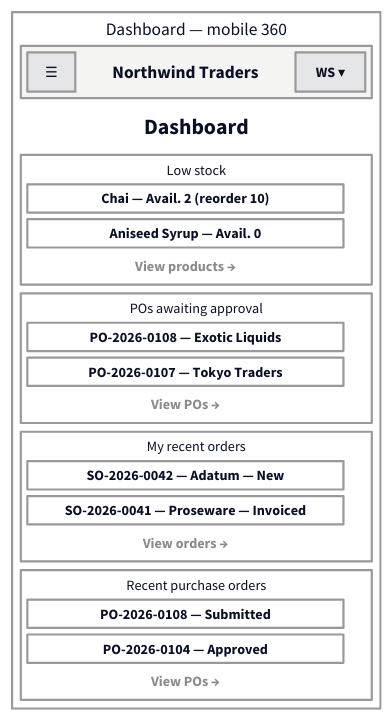
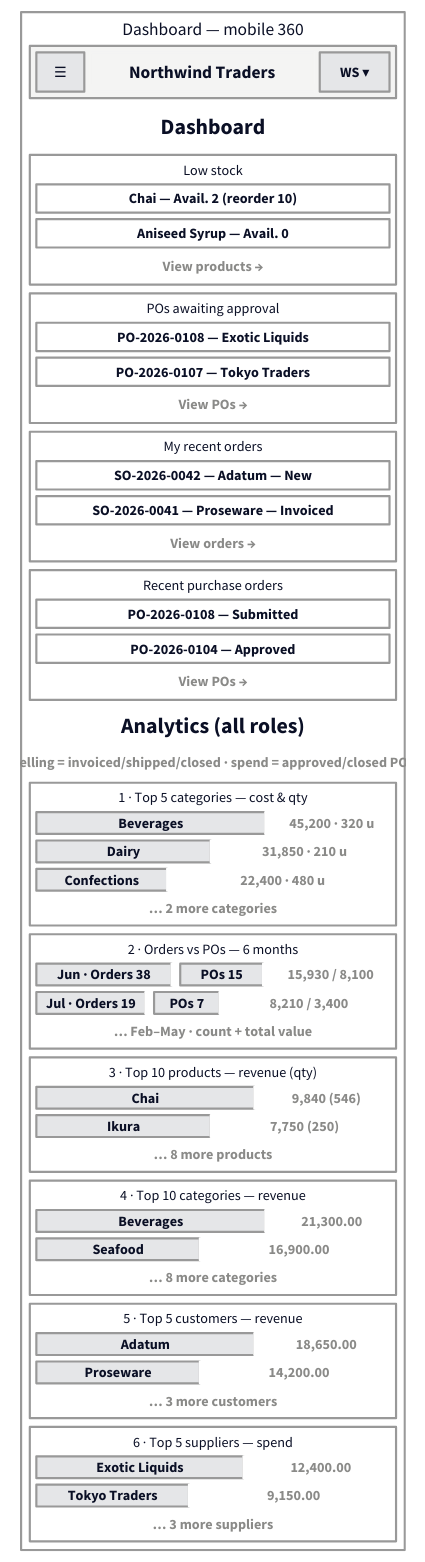
One commit to jedt3d/northwind-design changed the diagram in docs/07-wireframes/02-dashboard.mobile.d2. Above: the diagram before and after it, drawn with D2. The commit also changed 99 other files, not shown here.

Commit message:
feat: dashboard analytics (7 chart panels), companies lifetime totals, table header alignment fix; docs+wireframes updated; 86 tests green

```diff
--- a/docs/07-wireframes/02-dashboard.mobile.d2
+++ b/docs/07-wireframes/02-dashboard.mobile.d2
@@ -32,44 +32,209 @@
     grid-columns: 3
     grid-gap: 6
     menu: {label: "☰"; class: btn; width: 44; height: 36}
-    apptitle: {label: "Northwind Traders"; class: barlbl; width: 190; height: 36}
+    apptitle: {label: "Northwind Traders"; class: barlbl; width: 204; height: 36}
     user: {label: "WS ▾"; class: btn; width: 64; height: 36}
   }
-  h1: {label: "Dashboard"; class: h1; width: 320; height: 36}
+  h1: {label: "Dashboard"; class: h1; width: 336; height: 36}
   p1: {
     label: "Low stock"
     class: zone
     grid-columns: 1
     grid-gap: 6
-    a: {label: "Chai — Avail. 2 (reorder 10)"; class: cell; width: 290; height: 26}
-    b: {label: "Aniseed Syrup — Avail. 0"; class: cell; width: 290; height: 26}
-    lnk: {label: "View products →"; class: muted; width: 290; height: 22}
+    a: {label: "Chai — Avail. 2 (reorder 10)"; class: cell; width: 324; height: 26}
+    b: {label: "Aniseed Syrup — Avail. 0"; class: cell; width: 324; height: 26}
+    lnk: {label: "View products →"; class: muted; width: 324; height: 22}
   }
   p2: {
     label: "POs awaiting approval"
     class: zone
     grid-columns: 1
     grid-gap: 6
-    a: {label: "PO-2026-0108 — Exotic Liquids"; class: cell; width: 290; height: 26}
-    b: {label: "PO-2026-0107 — Tokyo Traders"; class: cell; width: 290; height: 26}
-    lnk: {label: "View POs →"; class: muted; width: 290; height: 22}
+    a: {label: "PO-2026-0108 — Exotic Liquids"; class: cell; width: 324; height: 26}
+    b: {label: "PO-2026-0107 — Tokyo Traders"; class: cell; width: 324; height: 26}
+    lnk: {label: "View POs →"; class: muted; width: 324; height: 22}
   }
   p3: {
     label: "My recent orders"
     class: zone
     grid-columns: 1
     grid-gap: 6
-    a: {label: "SO-2026-0042 — Adatum — New"; class: cell; width: 290; height: 26}
-    b: {label: "SO-2026-0041 — Proseware — Invoiced"; class: cell; width: 290; height: 26}
-    lnk: {label: "View orders →"; class: muted; width: 290; height: 22}
+    a: {label: "SO-2026-0042 — Adatum — New"; class: cell; width: 324; height: 26}
+    b: {label: "SO-2026-0041 — Proseware — Invoiced"; class: cell; width: 324; height: 26}
+    lnk: {label: "View orders →"; class: muted; width: 324; height: 22}
   }
   p4: {
     label: "Recent purchase orders"
     class: zone
     grid-columns: 1
     grid-gap: 6
-    a: {label: "PO-2026-0108 — Submitted"; class: cell; width: 290; height: 26}
-    b: {label: "PO-2026-0104 — Approved"; class: cell; width: 290; height: 26}
-    lnk: {label: "View POs →"; class: muted; width: 290; height: 22}
+    a: {label: "PO-2026-0108 — Submitted"; class: cell; width: 324; height: 26}
+    b: {label: "PO-2026-0104 — Approved"; class: cell; width: 324; height: 26}
+    lnk: {label: "View POs →"; class: muted; width: 324; height: 22}
+  }
+  h2: {label: "Analytics (all roles)"; class: h1; width: 336; height: 30}
+  note: {label: "Selling = invoiced/shipped/closed · spend = approved/closed POs"; class: muted; width: 336; height: 22}
+  a1: {
+    label: "1 · Top 5 categories — cost & qty"
+    class: zone
+    grid-columns: 1
+    grid-gap: 6
+    b1: {
+      label: ""
+      class: plain
+      grid-columns: 3
+      grid-gap: 0
+      bar: {label: "Beverages"; class: btn; width: 210; height: 20}
+      gsp1: {label: ""; class: plain; width: 8; height: 20}
+      val: {label: "45,200 · 320 u"; class: muted; width: 106; height: 20}
+    }
+    b2: {
+      label: ""
+      class: plain
+      grid-columns: 3
+      grid-gap: 0
+      bar: {label: "Dairy"; class: btn; width: 160; height: 20}
+      gsp1: {label: ""; class: plain; width: 8; height: 20}
+      val: {label: "31,850 · 210 u"; class: muted; width: 156; height: 20}
+    }
+    b3: {
+      label: ""
+      class: plain
+      grid-columns: 3
+      grid-gap: 0
+      bar: {label: "Confections"; class: btn; width: 120; height: 20}
+      gsp1: {label: ""; class: plain; width: 8; height: 20}
+      val: {label: "22,400 · 480 u"; class: muted; width: 196; height: 20}
+    }
+    more: {label: "… 2 more categories"; class: muted; width: 324; height: 20}
+  }
+  a2: {
+    label: "2 · Orders vs POs — 6 months"
+    class: zone
+    grid-columns: 1
+    grid-gap: 6
+    m1: {
+      label: ""
+      class: plain
+      grid-columns: 5
+      grid-gap: 0
+      ob: {label: "Jun · Orders 38"; class: btn; width: 124; height: 20}
+      gsp1: {label: ""; class: plain; width: 8; height: 20}
+      pb: {label: "POs 15"; class: btn; width: 76; height: 20}
+      gsp2: {label: ""; class: plain; width: 8; height: 20}
+      val: {label: "15,930 / 8,100"; class: muted; width: 108; height: 20}
+    }
+    m2: {
+      label: ""
+      class: plain
+      grid-columns: 5
+      grid-gap: 0
+      ob: {label: "Jul · Orders 19"; class: btn; width: 100; height: 20}
+      gsp1: {label: ""; class: plain; width: 8; height: 20}
+      pb: {label: "POs 7"; class: btn; width: 60; height: 20}
+      gsp2: {label: ""; class: plain; width: 8; height: 20}
+      val: {label: "8,210 / 3,400"; class: muted; width: 148; height: 20}
+    }
+    more: {label: "… Feb–May · count + total value"; class: muted; width: 324; height: 20}
+  }
+  a3: {
+    label: "3 · Top 10 products — revenue (qty)"
+    class: zone
+    grid-columns: 1
+    grid-gap: 6
+    b1: {
+      label: ""
+      class: plain
+      grid-columns: 3
+      grid-gap: 0
+      bar: {label: "Chai"; class: btn; width: 200; height: 20}
+      gsp1: {label: ""; class: plain; width: 8; height: 20}
+      val: {label: "9,840 (546)"; class: muted; width: 116; height: 20}
+    }
+    b2: {
+      label: ""
+      class: plain
+      grid-columns: 3
+      grid-gap: 0
+      bar: {label: "Ikura"; class: btn; width: 160; height: 20}
+      gsp1: {label: ""; class: plain; width: 8; height: 20}
+      val: {label: "7,750 (250)"; class: muted; width: 156; height: 20}
+    }
+    more: {label: "… 8 more products"; class: muted; width: 324; height: 20}
+  }
+  a4: {
+    label: "4 · Top 10 categories — revenue"
+    class: zone
+    grid-columns: 1
+    grid-gap: 6
+    b1: {
+      label: ""
+      class: plain
+      grid-columns: 3
+      grid-gap: 0
+      bar: {label: "Beverages"; class: btn; width: 210; height: 20}
+      gsp1: {label: ""; class: plain; width: 8; height: 20}
+      val: {label: "21,300.00"; class: muted; width: 106; height: 20}
+    }
+    b2: {
+      label: ""
+      class: plain
+      grid-columns: 3
+      grid-gap: 0
+      bar: {label: "Seafood"; class: btn; width: 150; height: 20}
+      gsp1: {label: ""; class: plain; width: 8; height: 20}
+      val: {label: "16,900.00"; class: muted; width: 166; height: 20}
+    }
+    more: {label: "… 8 more categories"; class: muted; width: 324; height: 20}
+  }
+  a5: {
+    label: "5 · Top 5 customers — revenue"
+    class: zone
+    grid-columns: 1
+    grid-gap: 6
+    b1: {
+      label: ""
+      class: plain
+      grid-columns: 3
+      grid-gap: 0
+      bar: {label: "Adatum"; class: btn; width: 200; height: 20}
+      gsp1: {label: ""; class: plain; width: 8; height: 20}
+      val: {label: "18,650.00"; class: muted; width: 116; height: 20}
+    }
+    b2: {
+      label: ""
+      class: plain
+      grid-columns: 3
+      grid-gap: 0
+      bar: {label: "Proseware"; class: btn; width: 150; height: 20}
+      gsp1: {label: ""; class: plain; width: 8; height: 20}
+      val: {label: "14,200.00"; class: muted; width: 166; height: 20}
+    }
+    more: {label: "… 3 more customers"; class: muted; width: 324; height: 20}
+  }
+  a6: {
+    label: "6 · Top 5 suppliers — spend"
+    class: zone
+    grid-columns: 1
+    grid-gap: 6
+    b1: {
+      label: ""
+      class: plain
+      grid-columns: 3
+      grid-gap: 0
+      bar: {label: "Exotic Liquids"; class: btn; width: 190; height: 20}
+      gsp1: {label: ""; class: plain; width: 8; height: 20}
+      val: {label: "12,400.00"; class: muted; width: 126; height: 20}
+    }
+    b2: {
+      label: ""
+      class: plain
+      grid-columns: 3
+      grid-gap: 0
+      bar: {label: "Tokyo Traders"; class: btn; width: 140; height: 20}
+      gsp1: {label: ""; class: plain; width: 8; height: 20}
+      val: {label: "9,150.00"; class: muted; width: 176; height: 20}
+    }
+    more: {label: "… 3 more suppliers"; class: muted; width: 324; height: 20}
   }
 }
```
